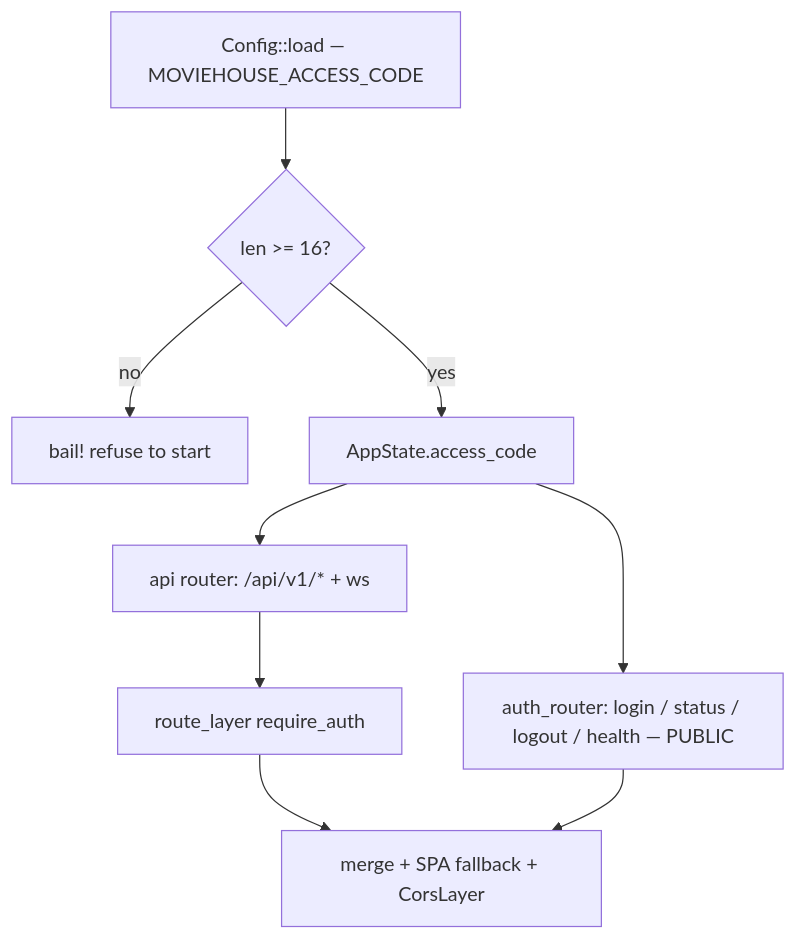
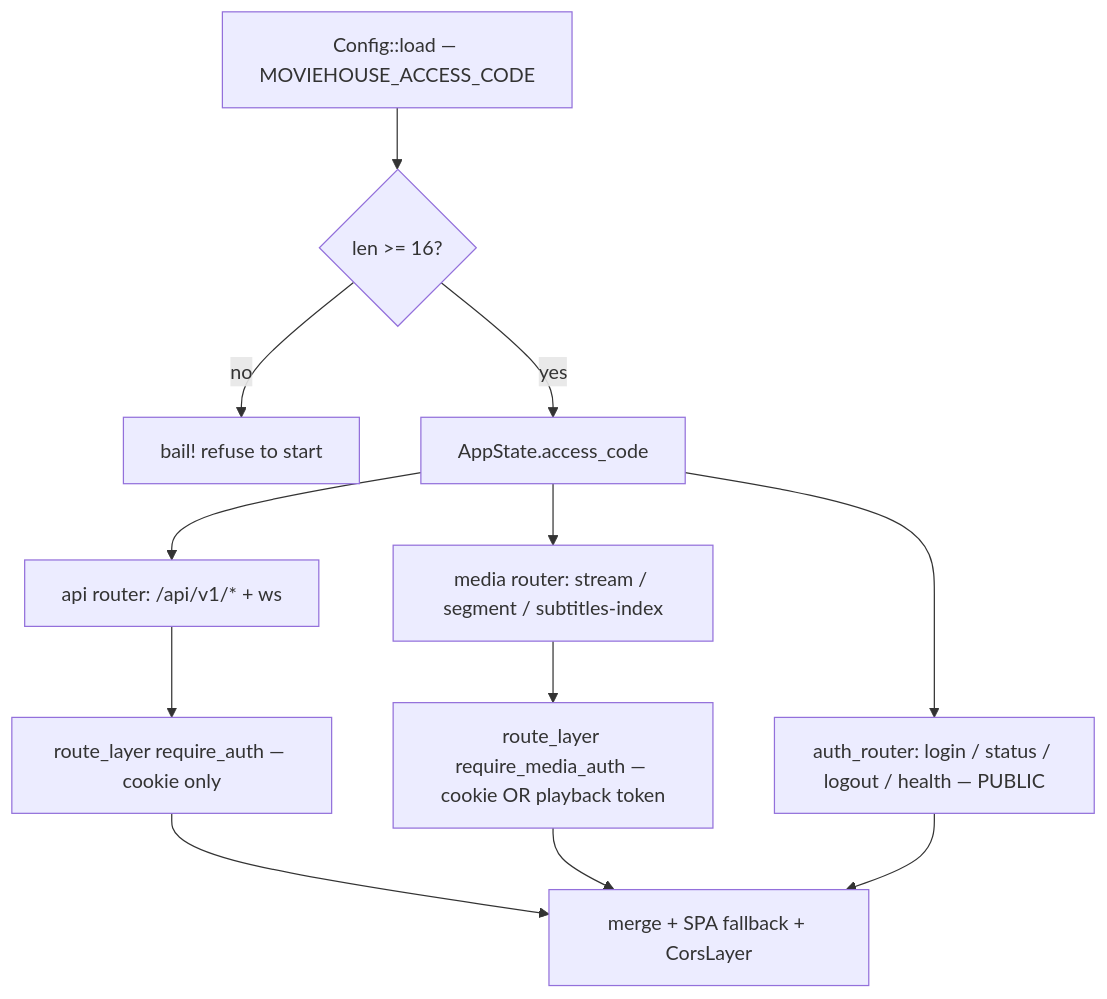
The first of 4 diagrams in docs/diagrams/authentication.md (sahays/moviehouse), drawn with Mermaid before and after one commit. The commit also changed other lines of this file and 2 other files, not shown here.

First line of the commit message:
docs: fold playback tokens into the upstream docs

````diff
--- a/docs/diagrams/authentication.md
+++ b/docs/diagrams/authentication.md
@@ -9,11 +9,14 @@
 ```mermaid
 flowchart TB
   A[Config::load — MOVIEHOUSE_ACCESS_CODE] --> B{"len >= 16?"}
   B -- no --> C[bail! refuse to start]
   B -- yes --> D[AppState.access_code]
   D --> E[api router: /api/v1/* + ws]
-  E --> F[route_layer require_auth]
+  E --> F[route_layer require_auth — cookie only]
+  D --> M[media router: stream / segment / subtitles-index]
+  M --> N[route_layer require_media_auth — cookie OR playback token]
   D --> G[auth_router: login / status / logout / health — PUBLIC]
   F --> H[merge + SPA fallback + CorsLayer]
+  N --> H
   G --> H
 ```
````
